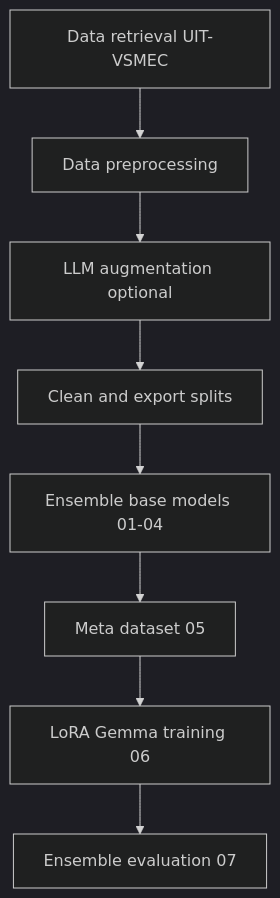
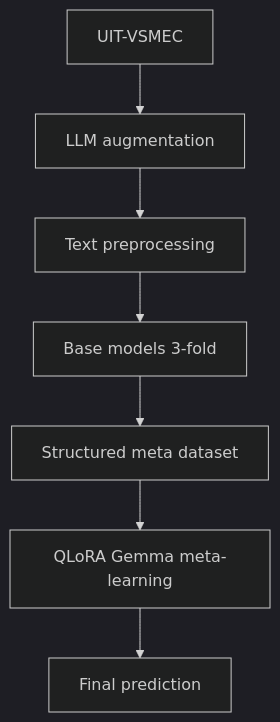
Before and after one commit to giahuy1310/topicmodeling: the diagram in README.md, drawn with Mermaid (dark theme). The commit also changed other lines of this file and 6 other files, not shown here.

````diff
--- a/README.md
+++ b/README.md
@@ -144,10 +148,9 @@
 ```mermaid
 flowchart TD
-  retrieve[Data retrieval UIT-VSMEC] --> preprocess[Data preprocessing]
-  preprocess --> augment[LLM augmentation optional]
-  augment --> clean[Clean and export splits]
-  clean --> ensembleBase[Ensemble base models 01-04]
-  ensembleBase --> metaData[Meta dataset 05]
-  metaData --> lora[LoRA Gemma training 06]
-  lora --> eval[Ensemble evaluation 07]
+  retrieve[UIT-VSMEC] --> augment[LLM augmentation]
+  augment --> preprocess[Text preprocessing]
+  preprocess --> ensembleBase[Base models 3-fold]
+  ensembleBase --> metaData[Structured meta dataset]
+  metaData --> lora[QLoRA Gemma meta-learning]
+  lora --> eval[Final prediction]
 ```
````
